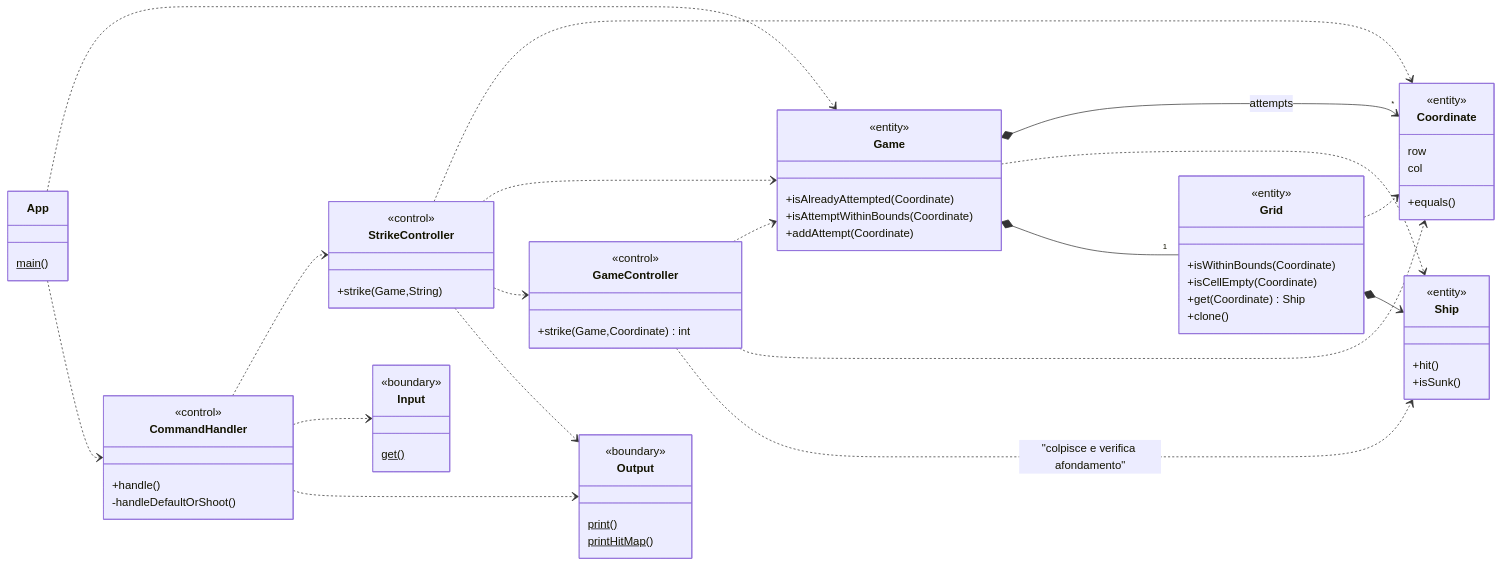
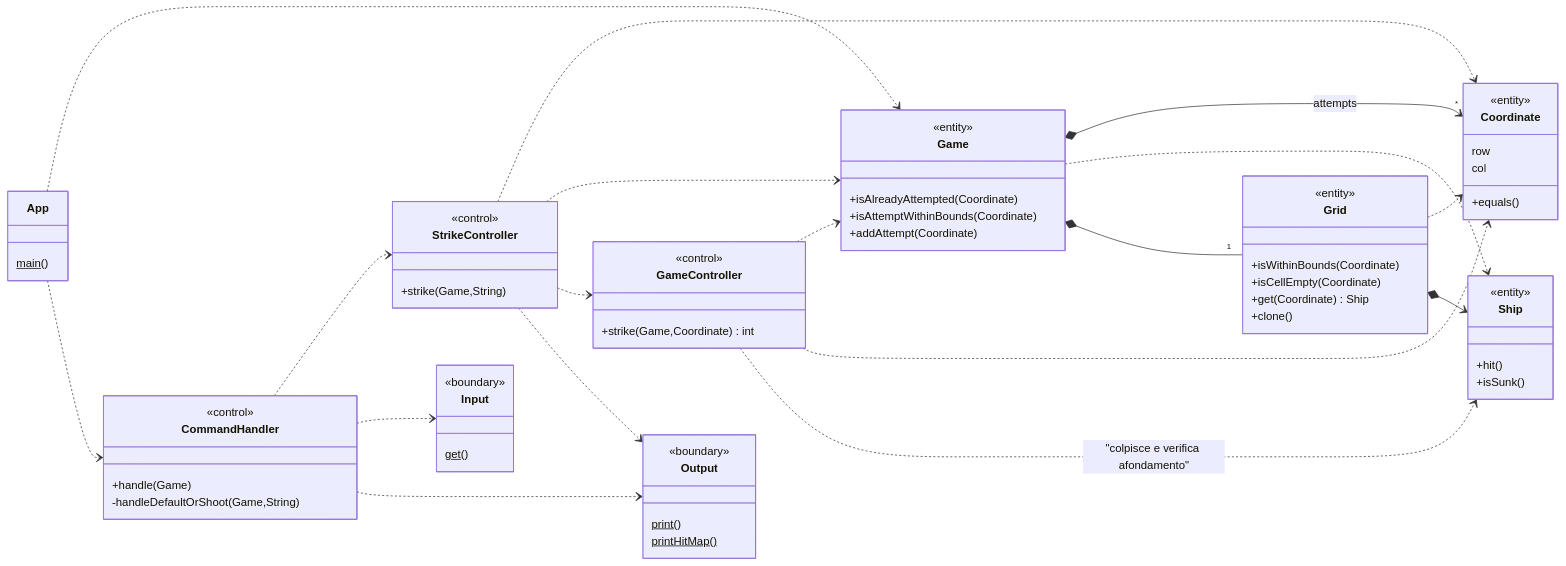
The seventh of 7 diagrams in docs/Report.md (softeng2223-inf-uniba/progetto2223-thacker), drawn with Mermaid before and after one commit.

Commit message:
Aggiornato CommandHandler in 5.A.3
Aggiunti parametri Game e String a handleDefaultShoot() e Game a handle()

```diff
--- a/docs/Report.md
+++ b/docs/Report.md
@@ -551,8 +551,8 @@
   <<boundary>> Input
 
   class CommandHandler {
-    +handle()
-    -handleDefaultOrShoot()
+    +handle(Game)
+    -handleDefaultOrShoot(Game,String)
   }
   <<control>> CommandHandler
 
```
